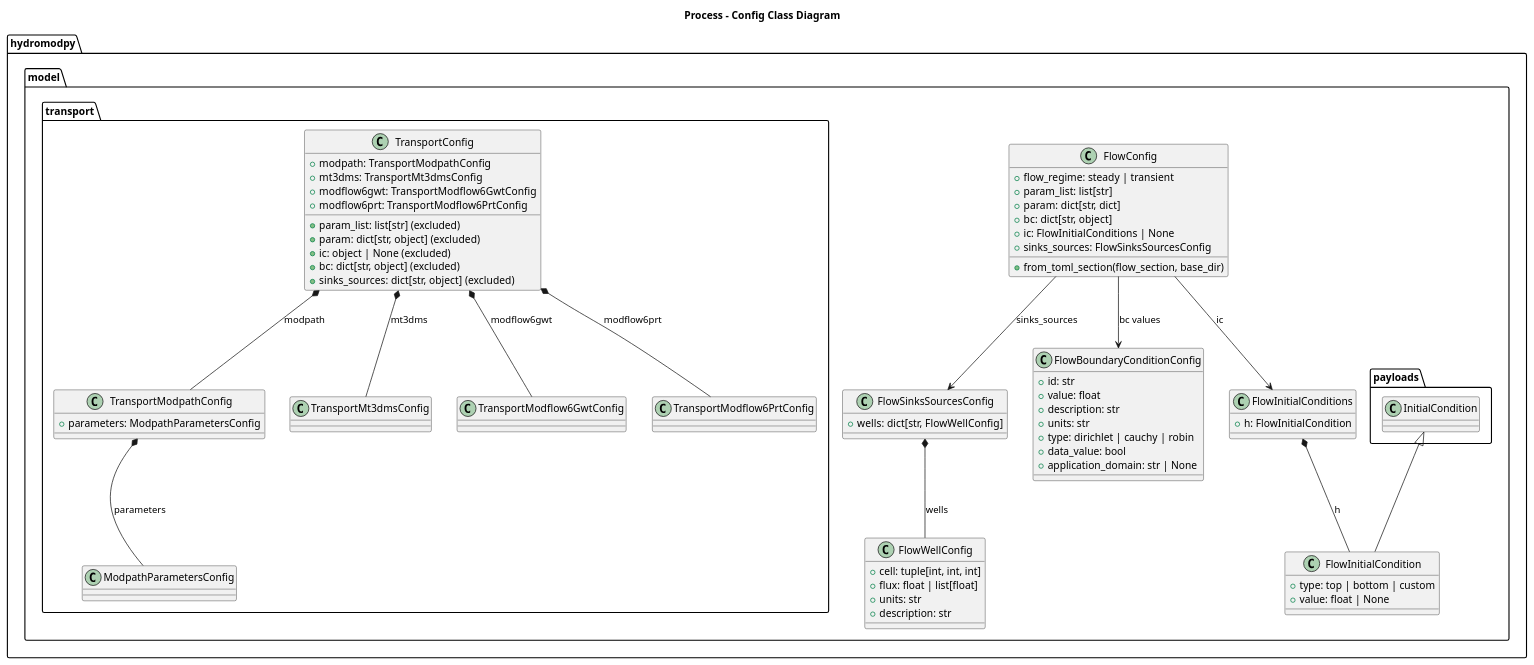
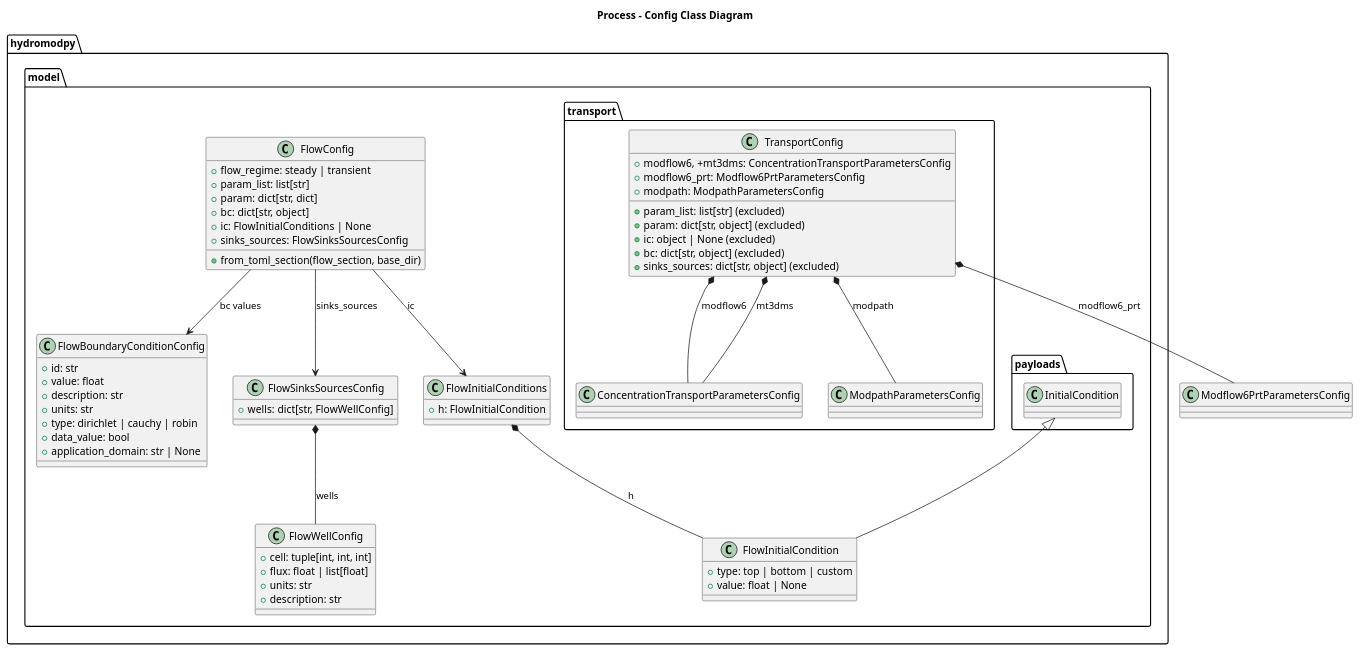
One commit to HydroModPy/HydroModPy changed the diagram in docs/source/contribute/architecture/process/diagrams/process_config_class.wsd. Above: the diagram before and after it, drawn with PlantUML. The commit also changed 667 other files, not shown here.

```diff
--- a/docs/source/contribute/architecture/process/diagrams/process_config_class.wsd
+++ b/docs/source/contribute/architecture/process/diagrams/process_config_class.wsd
@@ -1,81 +1,74 @@
 @startuml
 title Process - Config Class Diagram
 
 package "hydromodpy.model.payloads" {
   class InitialCondition
 }
 
 package "hydromodpy.model" {
   class FlowConfig {
     +flow_regime: steady | transient
     +param_list: list[str]
     +param: dict[str, dict]
     +bc: dict[str, object]
     +ic: FlowInitialConditions | None
     +sinks_sources: FlowSinksSourcesConfig
     +from_toml_section(flow_section, base_dir)
   }
 
   class FlowInitialCondition {
     +type: top | bottom | custom
     +value: float | None
   }
   class FlowInitialConditions {
     +h: FlowInitialCondition
   }
   class FlowBoundaryConditionConfig {
     +id: str
     +value: float
     +description: str
     +units: str
     +type: dirichlet | cauchy | robin
     +data_value: bool
     +application_domain: str | None
   }
   class FlowWellConfig {
     +cell: tuple[int, int, int]
     +flux: float | list[float]
     +units: str
     +description: str
   }
   class FlowSinksSourcesConfig {
     +wells: dict[str, FlowWellConfig]
   }
 }
 
 package "hydromodpy.model.transport" {
   class TransportConfig {
-    +modpath: TransportModpathConfig
-    +mt3dms: TransportMt3dmsConfig
-    +modflow6gwt: TransportModflow6GwtConfig
-    +modflow6prt: TransportModflow6PrtConfig
+    +modflow6, +mt3dms: ConcentrationTransportParametersConfig
+    +modflow6_prt: Modflow6PrtParametersConfig
+    +modpath: ModpathParametersConfig
     +param_list: list[str] (excluded)
     +param: dict[str, object] (excluded)
     +ic: object | None (excluded)
     +bc: dict[str, object] (excluded)
     +sinks_sources: dict[str, object] (excluded)
   }
 
-  class TransportModpathConfig {
-    +parameters: ModpathParametersConfig
-  }
+  class ConcentrationTransportParametersConfig
   class ModpathParametersConfig
-  class TransportMt3dmsConfig
-  class TransportModflow6GwtConfig
-  class TransportModflow6PrtConfig
 }
 
 
 InitialCondition <|-- FlowInitialCondition
 FlowInitialConditions *-- FlowInitialCondition : h
 FlowConfig --> FlowInitialConditions : ic
 FlowConfig --> FlowBoundaryConditionConfig : bc values
 FlowConfig --> FlowSinksSourcesConfig : sinks_sources
 FlowSinksSourcesConfig *-- FlowWellConfig : wells
 
-TransportConfig *-- TransportModpathConfig : modpath
-TransportConfig *-- TransportMt3dmsConfig : mt3dms
-TransportConfig *-- TransportModflow6GwtConfig : modflow6gwt
-TransportConfig *-- TransportModflow6PrtConfig : modflow6prt
-TransportModpathConfig *-- ModpathParametersConfig : parameters
+TransportConfig *-- ConcentrationTransportParametersConfig : modflow6
+TransportConfig *-- ConcentrationTransportParametersConfig : mt3dms
+TransportConfig *-- Modflow6PrtParametersConfig : modflow6_prt
+TransportConfig *-- ModpathParametersConfig : modpath
 @enduml
```
